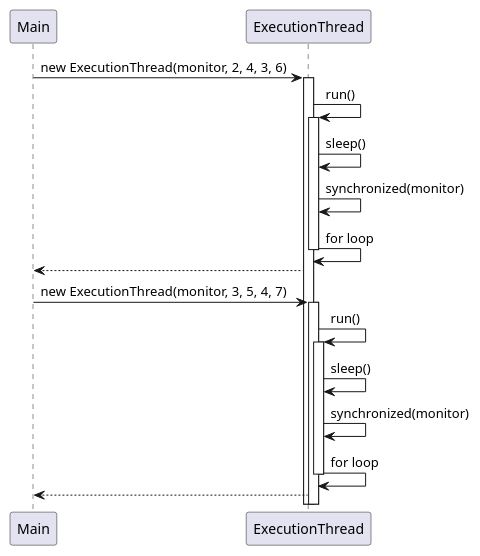
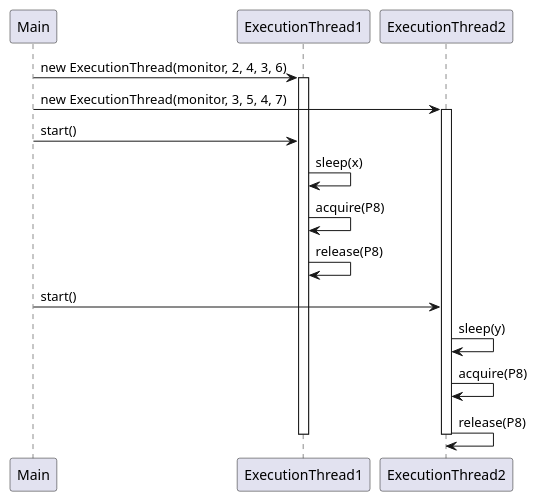
The diagram in Laboratory 4/out/production/Laboratory 4/Example1/Ex1_Seq.puml (sandu-andrei/SanduAndrei_30332_RTSLAB), drawn with PlantUML before and after one commit. The commit also changed 71 other files, not shown here.

```diff
--- a/Laboratory 4/out/production/Laboratory 4/Example1/Ex1_Seq.puml
+++ b/Laboratory 4/out/production/Laboratory 4/Example1/Ex1_Seq.puml
@@ -1,24 +1,23 @@
 @startuml
-participant Main
-participant ExecutionThread
+participant "Main" as M
+participant "ExecutionThread1" as ET1
+participant "ExecutionThread2" as ET2
 
-Main -> ExecutionThread : new ExecutionThread(monitor, 2, 4, 3, 6)
-activate ExecutionThread
-ExecutionThread -> ExecutionThread : run()
-activate ExecutionThread
-ExecutionThread -> ExecutionThread : sleep()
-ExecutionThread -> ExecutionThread : synchronized(monitor)
-ExecutionThread -> ExecutionThread : for loop
-deactivate ExecutionThread
-ExecutionThread --> Main
+M -> ET1 : new ExecutionThread(monitor, 2, 4, 3, 6)
+activate ET1
+M -> ET2 : new ExecutionThread(monitor, 3, 5, 4, 7)
+activate ET2
 
-Main -> ExecutionThread : new ExecutionThread(monitor, 3, 5, 4, 7)
-activate ExecutionThread
-ExecutionThread -> ExecutionThread : run()
-activate ExecutionThread
-ExecutionThread -> ExecutionThread : sleep()
-ExecutionThread -> ExecutionThread : synchronized(monitor)
-ExecutionThread -> ExecutionThread : for loop
-deactivate ExecutionThread
-ExecutionThread --> Main
+M -> ET1 : start()
+ET1 -> ET1 : sleep(x)
+ET1 -> ET1 : acquire(P8)
+ET1 -> ET1 : release(P8)
+
+M -> ET2 : start()
+ET2 -> ET2 : sleep(y)
+ET2 -> ET2 : acquire(P8)
+ET2 -> ET2 : release(P8)
+
+deactivate ET1
+deactivate ET2
 @enduml
```
